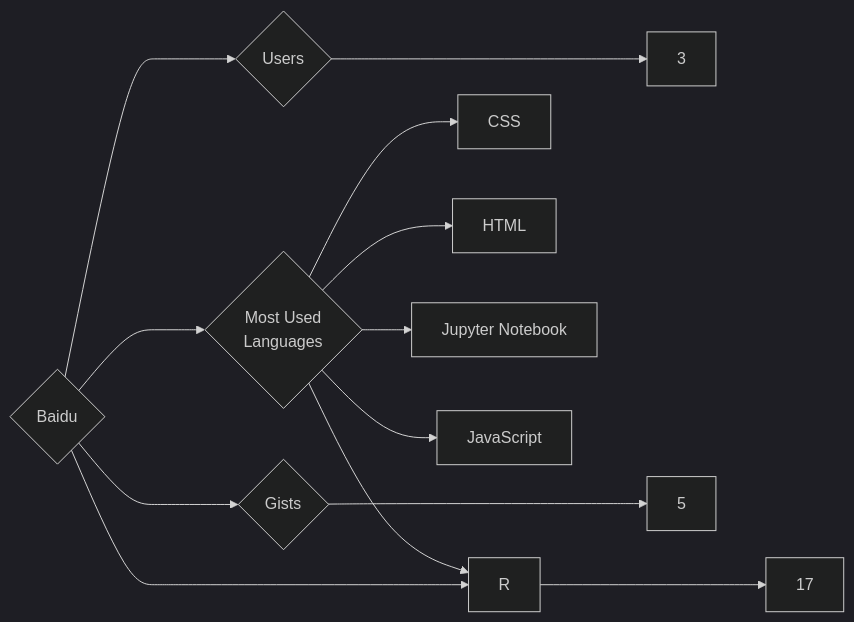
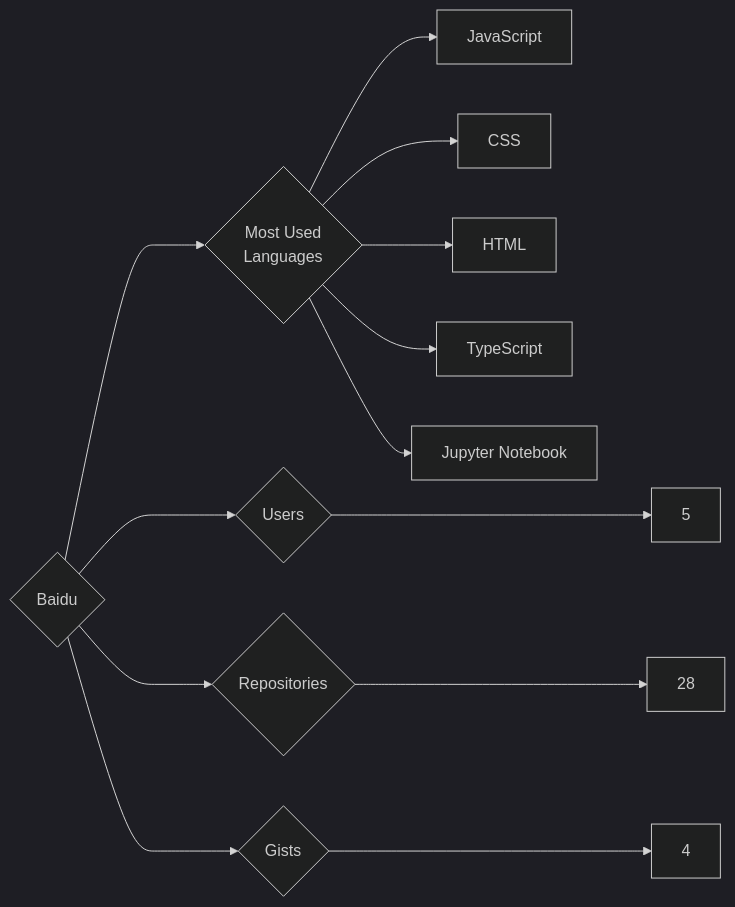
Before and after one commit to trickest/insiders: the diagram in targets/Baidu/README.md, drawn with Mermaid (dark theme). The commit also changed 1055 other files, not shown here.

````diff
--- a/targets/Baidu/README.md
+++ b/targets/Baidu/README.md
@@ -3,13 +3,13 @@
 ```mermaid
 graph LR
 COMPANY_NAME{Baidu}
-COMPANY_NAME ---> U{Users} ---> UN[3]
-COMPANY_NAME ---> R{Repositories} ---> RN[17]
-COMPANY_NAME ---> G{Gists} ---> GN[5]
+COMPANY_NAME ---> U{Users} ---> UN[5]
+COMPANY_NAME ---> R{Repositories} ---> RN[28]
+COMPANY_NAME ---> G{Gists} ---> GN[4]
 COMPANY_NAME ---> ML{Most Used<br>Languages}
+ML --> JavaScript[JavaScript]
 ML --> CSS[CSS]
 ML --> HTML[HTML]
-ML --> R[R]
+ML --> TypeScript[TypeScript]
 ML --> Jupyter_Notebook[Jupyter Notebook]
-ML --> JavaScript[JavaScript]
 ```
````
